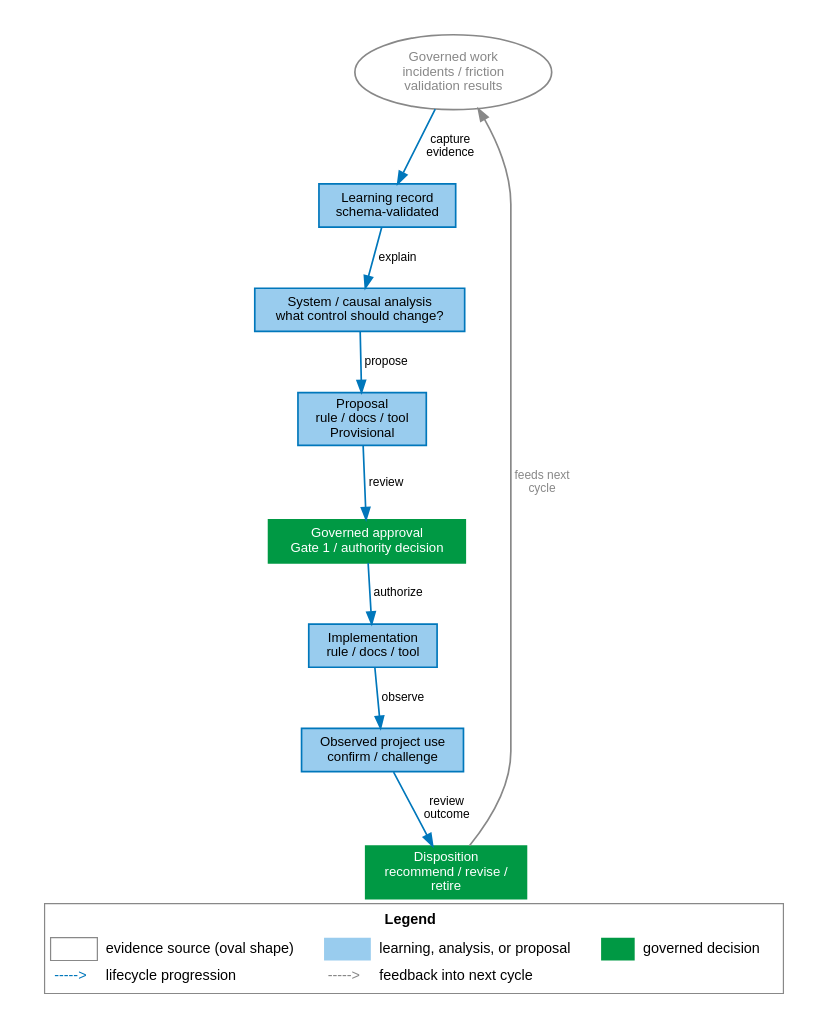
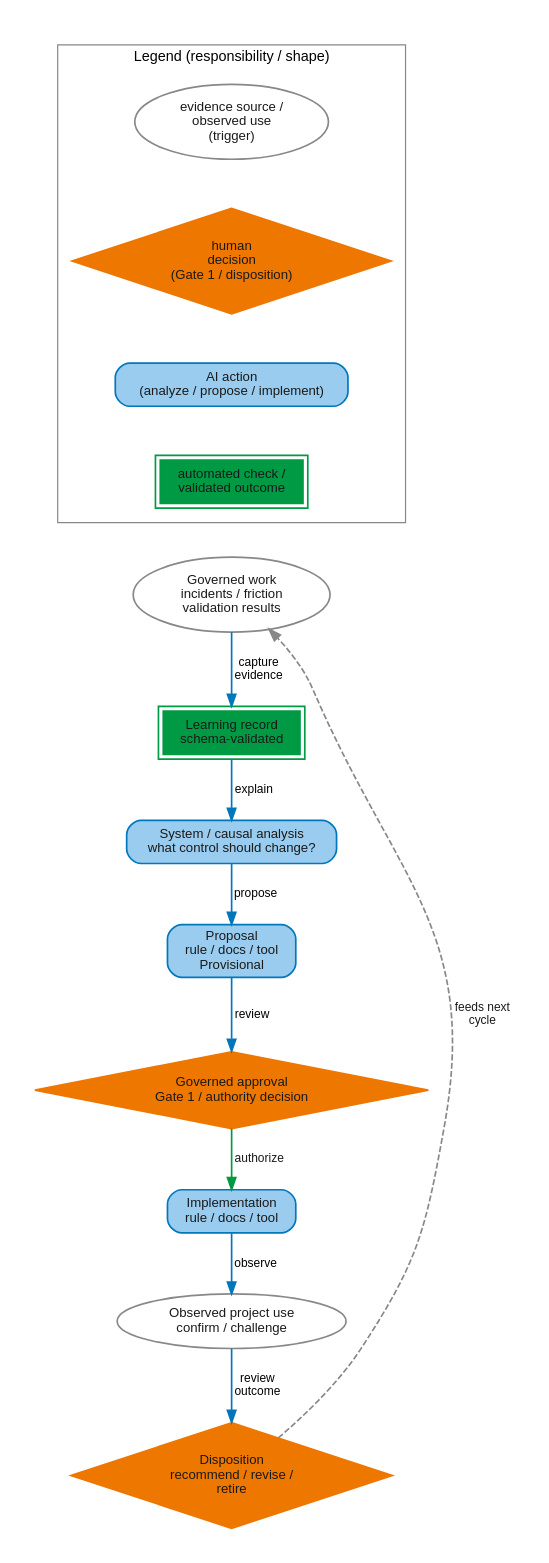
One commit to janipaijanen/agf-mirror changed the diagram in agf/docs/figures/src/learning-loop.dot. Above: the diagram before and after it, drawn with Graphviz. The commit also changed 17 other files, not shown here.

```diff
--- a/agf/docs/figures/src/learning-loop.dot
+++ b/agf/docs/figures/src/learning-loop.dot
@@ -1,48 +1,85 @@
 // SPDX-License-Identifier: CC-BY-SA-4.0
 // agents-govern: evidence-driven learning loop
 // Generate: dot -Tsvg learning-loop.dot -o ../learning-loop.svg
+//
+// Semantic responsibility palette: agf/docs/site/reference/palette.md
+// ("Semantic responsibility palette" section). Same contract and shape
+// key as gate-pipeline.dot / governance-loop.dot: fill colour encodes
+// who is responsible for a node (Human decision / AI action / Automated
+// check-validated outcome / Reference-deferred content); shape is a
+// second, colour-independent signal for the same category. Fixes the
+// "(oval shape)" literal legend-text defect (same class as gate-pipeline
+// and governance-loop): the shape key renders real shapes, not words.
+// "Governed work" and "Observed project use" are neutral trigger/
+// observation nodes, same treatment as gate-pipeline's "Idea / Request"
+// and governance-loop's "Incident / Observation" -- neither is one of
+// the five responsibility categories.
 digraph learning_loop {
     graph [rankdir=TB, splines=spline, pad=0.3, nodesep=0.35, ranksep=0.55,
-           bgcolor=white, fontname="Helvetica", fontsize=12, labelloc=b, label=<
-        <TABLE BORDER="1" CELLBORDER="0" CELLSPACING="4" CELLPADDING="3" COLOR="#888888" BGCOLOR="white">
-            <TR><TD COLSPAN="6"><B>Legend</B></TD></TR>
-            <TR>
-                <TD BORDER="1" COLOR="#888888" WIDTH="28"></TD><TD ALIGN="LEFT">evidence source (oval shape)</TD>
-                <TD BGCOLOR="#99CCEE" WIDTH="28"></TD><TD ALIGN="LEFT">learning, analysis, or proposal</TD>
-                <TD BGCOLOR="#009944" WIDTH="28"></TD><TD ALIGN="LEFT">governed decision</TD>
-            </TR>
-            <TR>
-                <TD><FONT COLOR="#0077BB">-----&gt;</FONT></TD><TD ALIGN="LEFT">lifecycle progression</TD>
-                <TD><FONT COLOR="#888888">-----&gt;</FONT></TD><TD ALIGN="LEFT">feedback into next cycle</TD>
-                <TD></TD><TD></TD>
-            </TR>
-        </TABLE>
-    >]
+           bgcolor=white, fontname="Helvetica", fontsize=12]
     node  [fontname="Helvetica", fontsize=11, style=filled, shape=box,
            fillcolor="#99CCEE", color="#0077BB", penwidth=1.4]
     edge  [fontname="Helvetica", fontsize=10, color="#0077BB", penwidth=1.4]
 
+    // Shape key: identical treatment to gate-pipeline.dot / governance-loop.dot.
+    subgraph cluster_shapekey {
+        label = "Legend (responsibility / shape)"
+        fontname = "Helvetica"
+        fontsize = 12
+        color = "#888888"
+        margin = 12
+
+        sk_oval      [label="evidence source /\nobserved use\n(trigger)", shape=ellipse,
+                      fillcolor=white, color="#888888", fontcolor="#1A1A1A"]
+        sk_diamond   [label="human\ndecision\n(Gate 1 / disposition)", shape=diamond,
+                      fillcolor="#EE7700", color="#EE7700", fontcolor="#1A1A1A"]
+        sk_ai        [label="AI action\n(analyze / propose / implement)",
+                      style="filled,rounded", fillcolor="#99CCEE",
+                      color="#0077BB", fontcolor="#1A1A1A"]
+        sk_automated [label="automated check /\nvalidated outcome",
+                      style="filled,bold", peripheries=2, fillcolor="#009944",
+                      color="#009944", fontcolor="#1A1A1A"]
+
+        sk_oval -> sk_diamond -> sk_ai -> sk_automated [style=invis]
+    }
+
+    // ── Loop ─────────────────────────────────────────────────────────────
     work [label="Governed work\nincidents / friction\nvalidation results",
-          shape=ellipse, fillcolor=white, color="#888888",
-          fontcolor="#888888"]
-    record [label="Learning record\nschema-validated"]
-    analysis [label="System / causal analysis\nwhat control should change?"]
-    proposal [label="Proposal\nrule / docs / tool\nProvisional"]
+          shape=ellipse, fillcolor=white, color="#888888", fontcolor="#1A1A1A"]
+    record [label="Learning record\nschema-validated", style="filled,bold",
+            peripheries=2, fillcolor="#009944", color="#009944",
+            fontcolor="#1A1A1A"]
+    analysis [label="System / causal analysis\nwhat control should change?",
+              style="filled,rounded", fillcolor="#99CCEE", color="#0077BB",
+              fontcolor="#1A1A1A"]
+    proposal [label="Proposal\nrule / docs / tool\nProvisional",
+              style="filled,rounded", fillcolor="#99CCEE", color="#0077BB",
+              fontcolor="#1A1A1A"]
     approval [label="Governed approval\nGate 1 / authority decision",
-              fillcolor="#009944", fontcolor=white, color="#009944"]
-    implementation [label="Implementation\nrule / docs / tool"]
-    use [label="Observed project use\nconfirm / challenge"]
+              shape=diamond, fillcolor="#EE7700", color="#EE7700",
+              fontcolor="#1A1A1A"]
+    implementation [label="Implementation\nrule / docs / tool",
+                    style="filled,rounded", fillcolor="#99CCEE",
+                    color="#0077BB", fontcolor="#1A1A1A"]
+    use [label="Observed project use\nconfirm / challenge", shape=ellipse,
+         fillcolor=white, color="#888888", fontcolor="#1A1A1A"]
     disposition [label="Disposition\nrecommend / revise /\nretire",
-                 fillcolor="#009944", fontcolor=white, color="#009944"]
+                 shape=diamond, fillcolor="#EE7700", color="#EE7700",
+                 fontcolor="#1A1A1A"]
+
+    // Stack the shape key above the loop (single narrow column), same
+    // technique as gate-pipeline.dot / governance-loop.dot.
+    sk_automated -> work [style=invis]
 
     work -> record [label="capture\nevidence"]
     record -> analysis [label="explain"]
     analysis -> proposal [label="propose"]
     proposal -> approval [label="review"]
-    approval -> implementation [label="authorize"]
+    approval -> implementation [label="authorize", color="#009944",
+                                fontcolor="#1A1A1A"]
     implementation -> use [label="observe"]
     use -> disposition [label="review\noutcome"]
-    disposition -> work [label="feeds next\ncycle", color="#888888",
-                         fontcolor="#888888"]
-
+    disposition -> work [label="feeds next\ncycle", style=dashed,
+                         color="#888888", fontcolor="#1A1A1A",
+                         constraint=false]
 }
```
